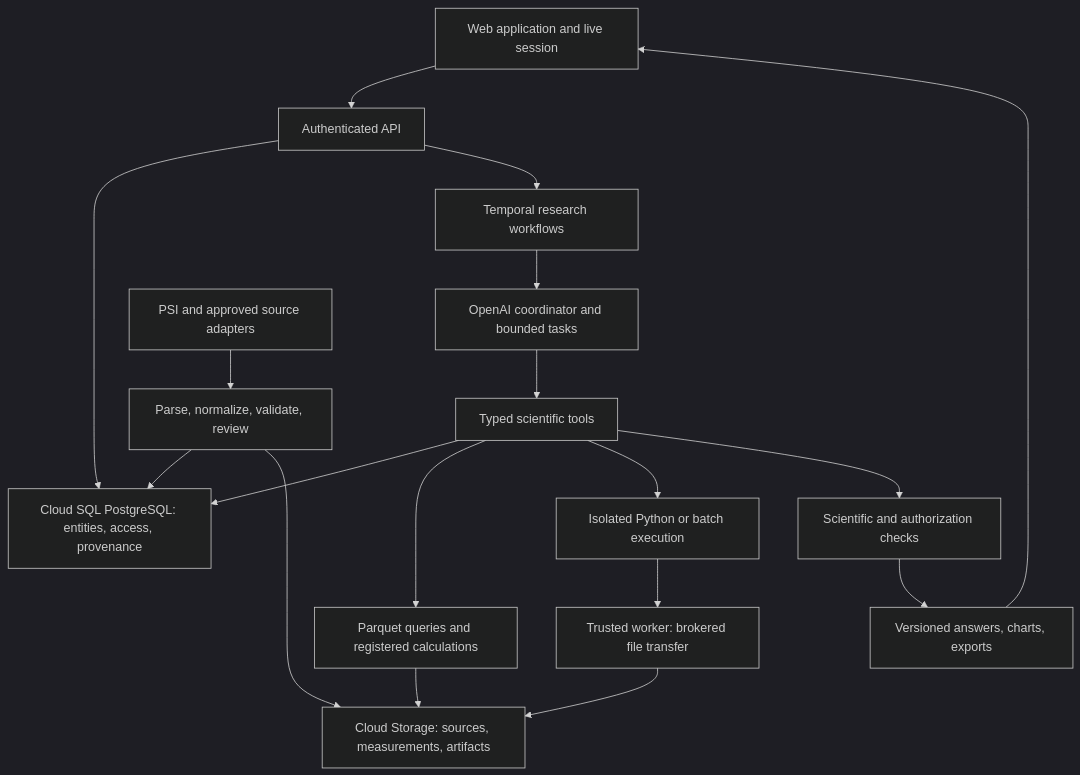
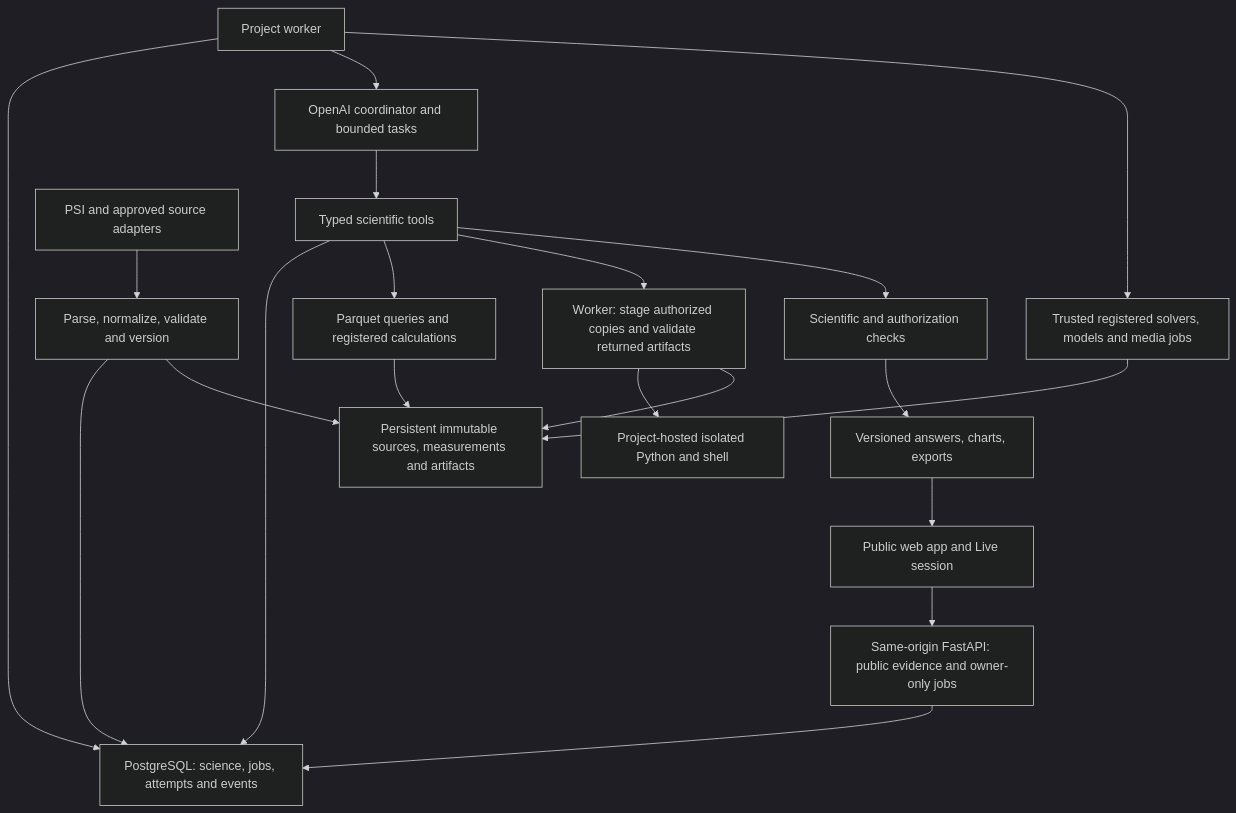
One commit to ScientificAJ/Strawhat-Pirates-2026 changed the diagram in MASTER_BRIEF.md. Above: the diagram before and after it, drawn with Mermaid (dark theme). The commit also changed other lines of this file and 1 other file, not shown here.

Commit message:
Plan Nova Ember as a single-researcher application on one host

````diff
--- a/MASTER_BRIEF.md
+++ b/MASTER_BRIEF.md
@@ -3211,20 +3196,22 @@
 ```mermaid
 flowchart TD
-    W["Web application and live session"] --> A["Authenticated API"]
-    A --> P["Cloud SQL PostgreSQL: entities, access, provenance"]
-    A --> T["Temporal research workflows"]
+    W["Public web app and Live session"] --> A["Same-origin FastAPI: public evidence and owner-only jobs"]
+    A --> P["PostgreSQL: science, jobs, attempts and events"]
+    T["Project worker"] --> P
     T --> O["OpenAI coordinator and bounded tasks"]
     O --> Q["Typed scientific tools"]
     Q --> P
     Q --> D["Parquet queries and registered calculations"]
-    Q --> X["Isolated Python or batch execution"]
-    D --> S["Cloud Storage: sources, measurements, artifacts"]
-    X --> B["Trusted worker: brokered file transfer"]
+    Q --> B["Worker: stage authorized copies and validate returned artifacts"]
+    D --> S["Persistent immutable sources, measurements and artifacts"]
+    B --> X["Project-hosted isolated Python and shell"]
     B --> S
+    T --> H["Trusted registered solvers, models and media jobs"]
+    H --> S
     Q --> V["Scientific and authorization checks"]
     V --> R["Versioned answers, charts, exports"]
     R --> W
-    I["PSI and approved source adapters"] --> C["Parse, normalize, validate, review"]
+    I["PSI and approved source adapters"] --> C["Parse, normalize, validate and version"]
     C --> P
     C --> S
 ```
````
